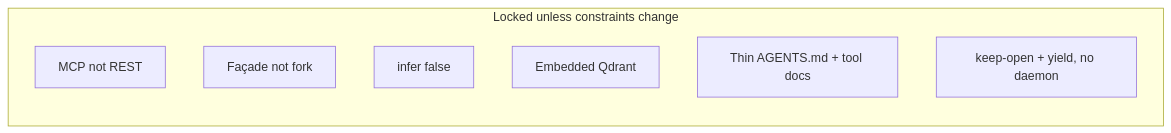
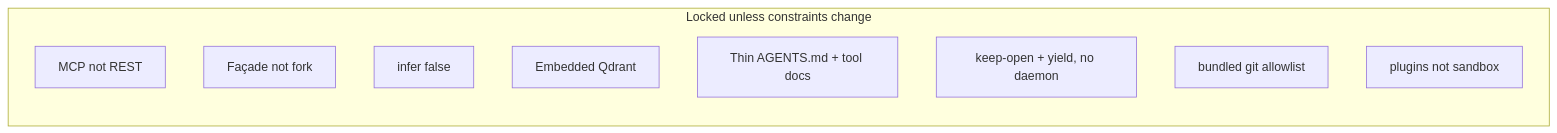
The diagram in docs/decisions.md (bdombro/mem0-lite), drawn with Mermaid before and after one commit. The commit also changed other lines of this file and 24 other files, not shown here.

````diff
--- a/docs/decisions.md
+++ b/docs/decisions.md
@@ -83,11 +99,13 @@
 ```mermaid
 flowchart LR
   subgraph decided [Locked unless constraints change]
     D1[MCP not REST]
     D2[Façade not fork]
     D3[infer false]
     D4[Embedded Qdrant]
     D5[Thin AGENTS.md + tool docs]
     D10[keep-open + yield, no daemon]
+    D11[bundled git allowlist]
+    D12[plugins not sandbox]
   end
 ```
````
